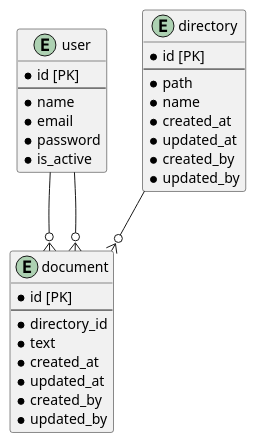
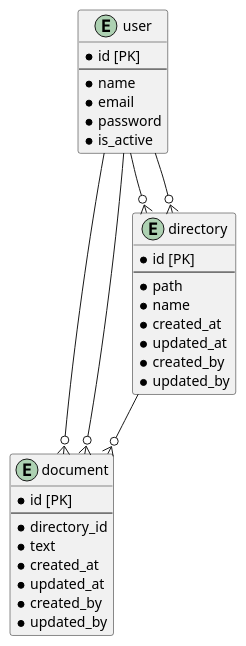
Before and after one commit to marushosummers/PrAhaChallenge: the diagram in database/09_DBモデリング/Task_3.md, drawn with PlantUML. The commit also changed other lines of this file, not shown here.

Commit message:
リレーションを修正

````diff
--- a/database/09_DBモデリング/Task_3.md
+++ b/database/09_DBモデリング/Task_3.md
@@ -34,38 +34,40 @@
 ```plantuml
 @startuml
 Entity user {
   *id [PK]
   --
   *name
   *email
   *password
   *is_active
 }
 
 Entity document {
   *id [PK]
   --
   *directory_id
   *text
   *created_at
   *updated_at
   *created_by
   *updated_by
 }
 
 Entity directory {
   *id [PK]
   --
   *path
   *name
   *created_at
   *updated_at
   *created_by
   *updated_by
 }
 
 user --o{ document
 user --o{ document
+user --o{ directory
+user --o{ directory
 directory --o{ document
 @enduml
 ```
````
